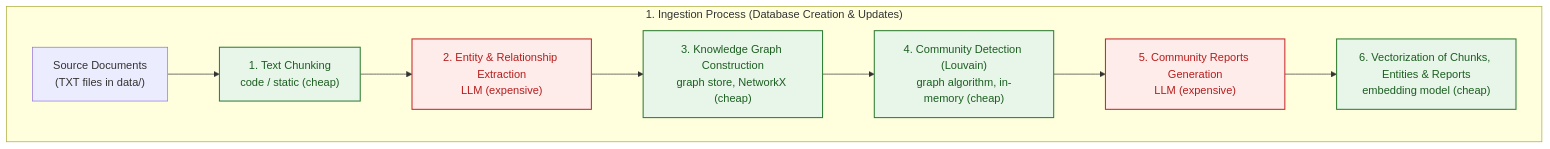
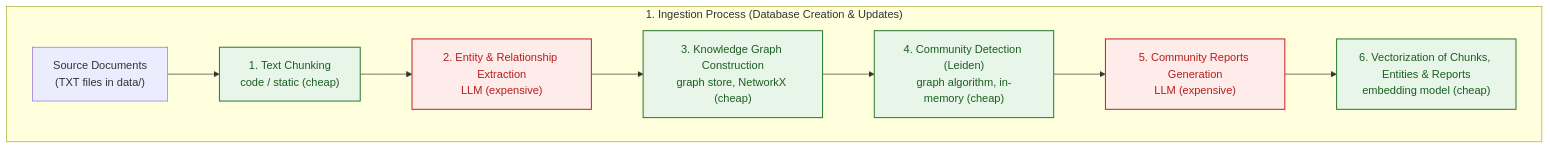
One commit to sebastianbrzustowicz/Agentic-GraphRAG-Blueprint changed the third of 4 diagrams in README.md. Above: the diagram before and after it, drawn with Mermaid. The commit also changed other lines of this file and 9 other files, not shown here.

````diff
--- a/README.md
+++ b/README.md
@@ -83,17 +93,17 @@
 ```mermaid
 flowchart TD
     subgraph Ingestion ["1. Ingestion Process (Database Creation & Updates)"]
         A["Source Documents<br/>(TXT files in data/)"] --> B["1. Text Chunking<br/>code / static (cheap)"]
         B --> C["2. Entity & Relationship Extraction<br/>LLM (expensive)"]
         C --> D["3. Knowledge Graph Construction<br/>graph store, NetworkX (cheap)"]
-        D --> E["4. Community Detection (Louvain)<br/>graph algorithm, in-memory (cheap)"]
+        D --> E["4. Community Detection (Leiden)<br/>graph algorithm, in-memory (cheap)"]
         E --> F["5. Community Reports Generation<br/>LLM (expensive)"]
         F --> G["6. Vectorization of Chunks, Entities & Reports<br/>embedding model (cheap)"]
     end
 
     class B,D,E,G cheap;
     class C,F expensive;
 
     classDef cheap fill:#e8f5e9,stroke:#2e7d32,stroke-width:1.5px,color:#1b5e20;
     classDef expensive fill:#fdecea,stroke:#c62828,stroke-width:1.5px,color:#b71c1c;
 ```
````
